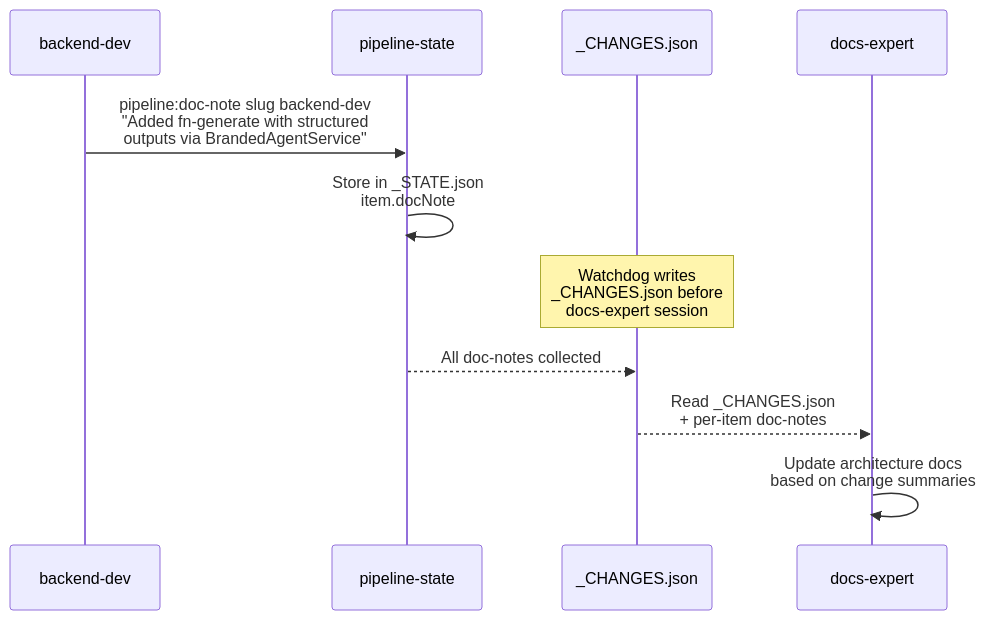
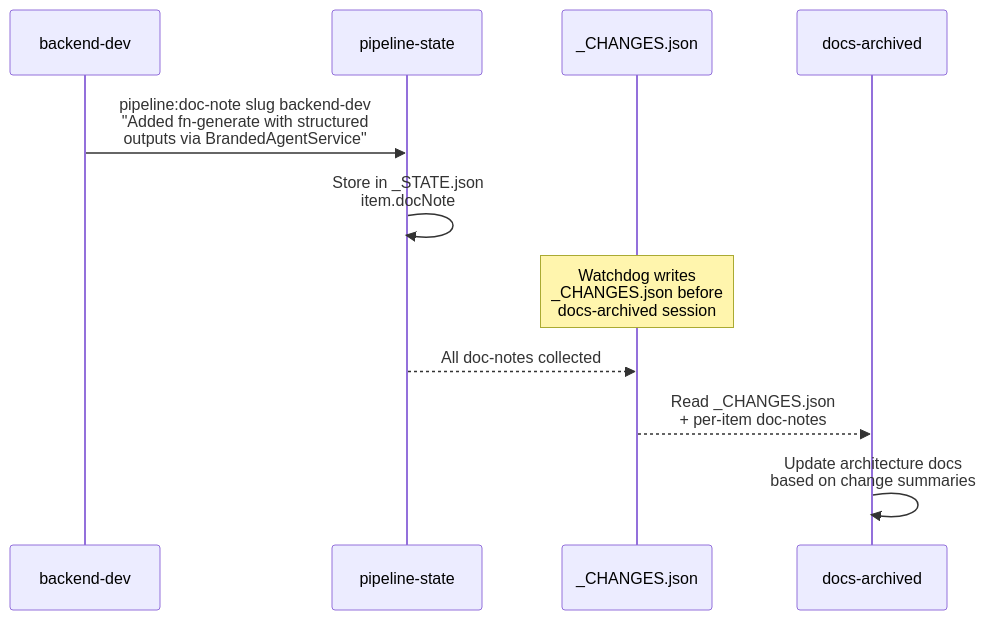
One commit to RomanKaliupinMelonusa/DAGent-t changed the fourth of 7 diagrams in tools/autonomous-factory/docs/05-agents.md. Above: the diagram before and after it, drawn with Mermaid. The commit also changed other lines of this file and 5 other files, not shown here.

````diff
--- a/tools/autonomous-factory/docs/05-agents.md
+++ b/tools/autonomous-factory/docs/05-agents.md
@@ -149,16 +179,16 @@
 ```mermaid
 sequenceDiagram
     participant BD as backend-dev
     participant PS as pipeline-state
     participant CJ as _CHANGES.json
-    participant DE as docs-expert
+    participant DA as docs-archived
 
     BD->>PS: pipeline:doc-note slug backend-dev<br/>"Added fn-generate with structured<br/>outputs via BrandedAgentService"
     PS->>PS: Store in _STATE.json<br/>item.docNote
 
-    Note over CJ: Watchdog writes<br/>_CHANGES.json before<br/>docs-expert session
+    Note over CJ: Watchdog writes<br/>_CHANGES.json before<br/>docs-archived session
 
     PS-->>CJ: All doc-notes collected
-    CJ-->>DE: Read _CHANGES.json<br/>+ per-item doc-notes
-    DE->>DE: Update architecture docs<br/>based on change summaries
+    CJ-->>DA: Read _CHANGES.json<br/>+ per-item doc-notes
+    DA->>DA: Update architecture docs<br/>based on change summaries
 ```
````
